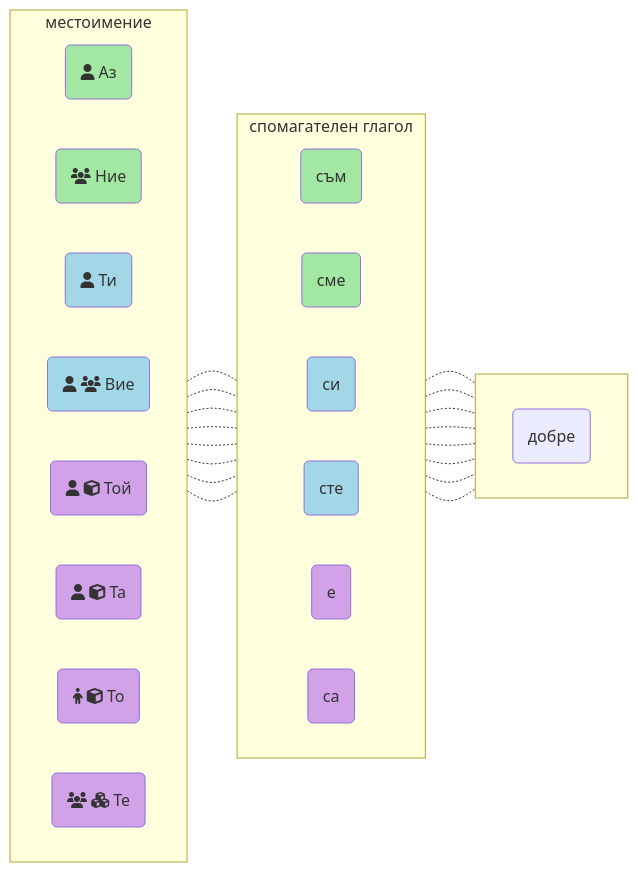
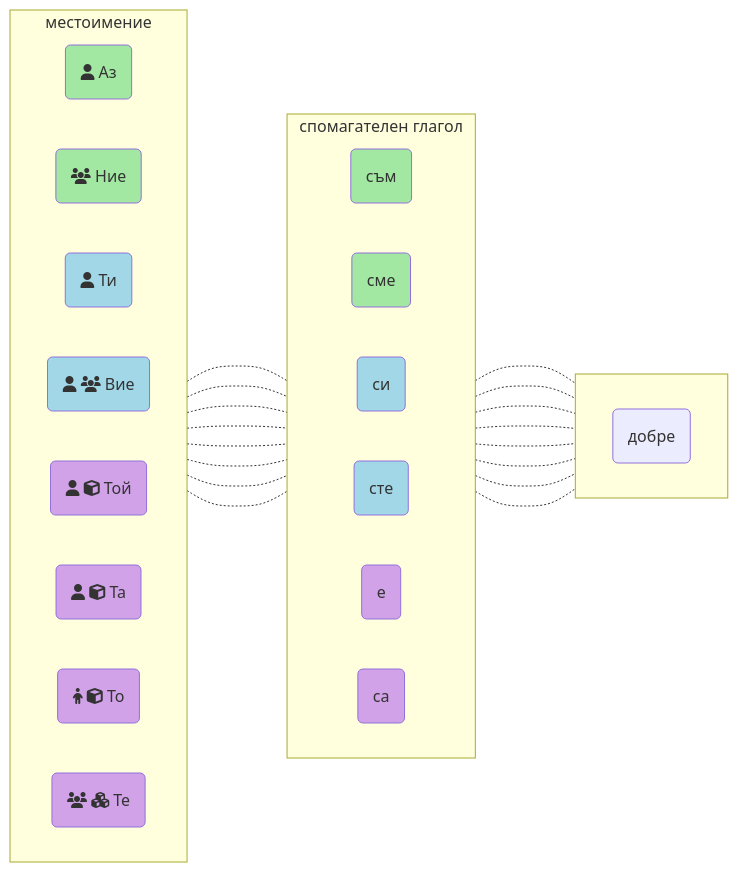
Before and after one commit to serge-name/bg-lang: the diagram in basics.md, drawn with Mermaid.

````diff
--- a/basics.md
+++ b/basics.md
@@ -1,55 +1,55 @@
 ```mermaid
 flowchart LR
     classDef first fill:#a2e8a2;
     classDef second fill:#a2d7e8;
     classDef third fill:#d1a2e8;
 
     subgraph A ["#160; местоимение #160;"]
       direction LR
       A1(fa:fa-user Аз)
       A2(fa:fa-users Ние)
       A3(fa:fa-user Ти)
       A4(fa:fa-user fa:fa-users Вие)
       A5(fa:fa-user fa:fa-cube Той)
       A6(fa:fa-user fa:fa-cube Та)
       A7(fa:fa-child fa:fa-cube То)
       A8(fa:fa-users fa:fa-cubes Те)
     end
 
     subgraph B ["#160; спомагателен глагол #160;"]
       direction LR
       B1(съм)
       B2(сме)
       B3(си)
       B4(сте)
       B5(е)
       B8(са)
     end
 
     class A1,A2,B1,B2 first;
     class A3,A4,B3,B4 second;
     class A5,A6,A7,A8,B5,B8 third;
 
     subgraph C ["#160;"]
       direction LR
       C1(добре)
     end
 
-    A1-.-B1
+    A1-..-B1
     A2-.-B2
     A3-.-B3
     A4-.-B4
     A5-.-B5
     A6-.-B5
     A7-.-B5
     A8-.-B8
 
-    B1-.-C1
+    B1-..-C1
     B2-.-C1
     B3-.-C1
     B4-.-C1
     B5-.-C1
     B5-.-C1
     B5-.-C1
     B8-.-C1
 ```
````
